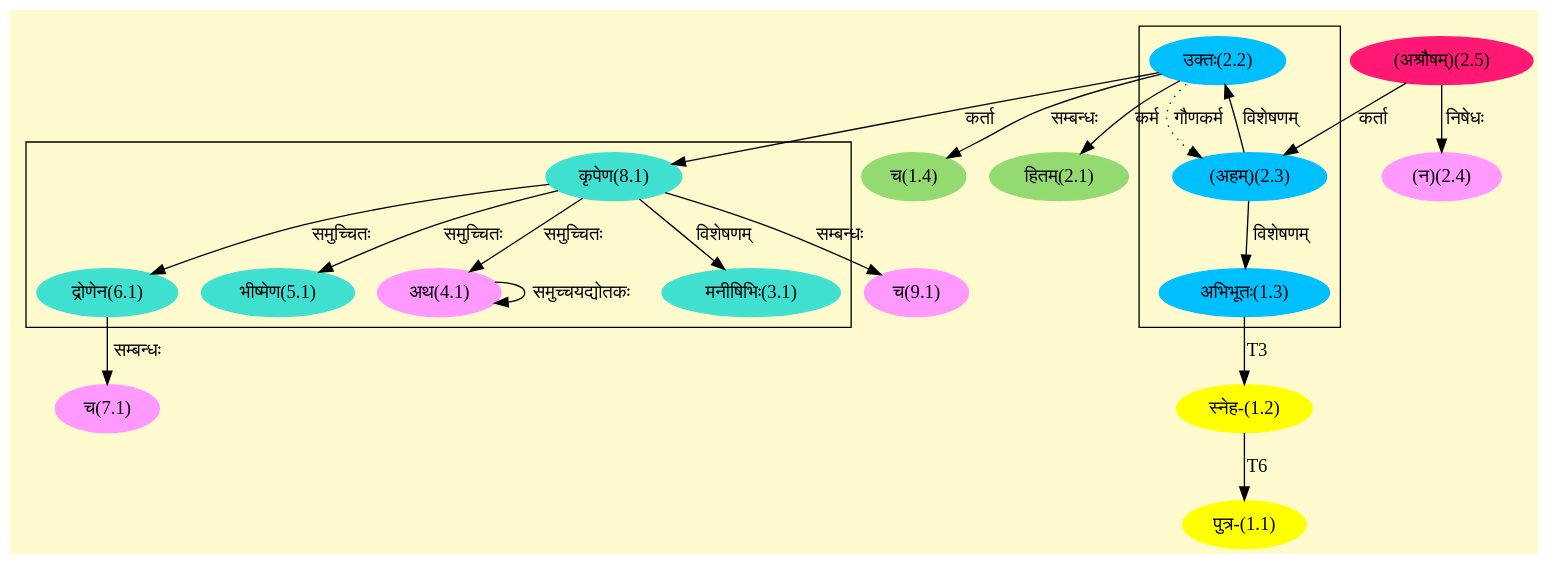
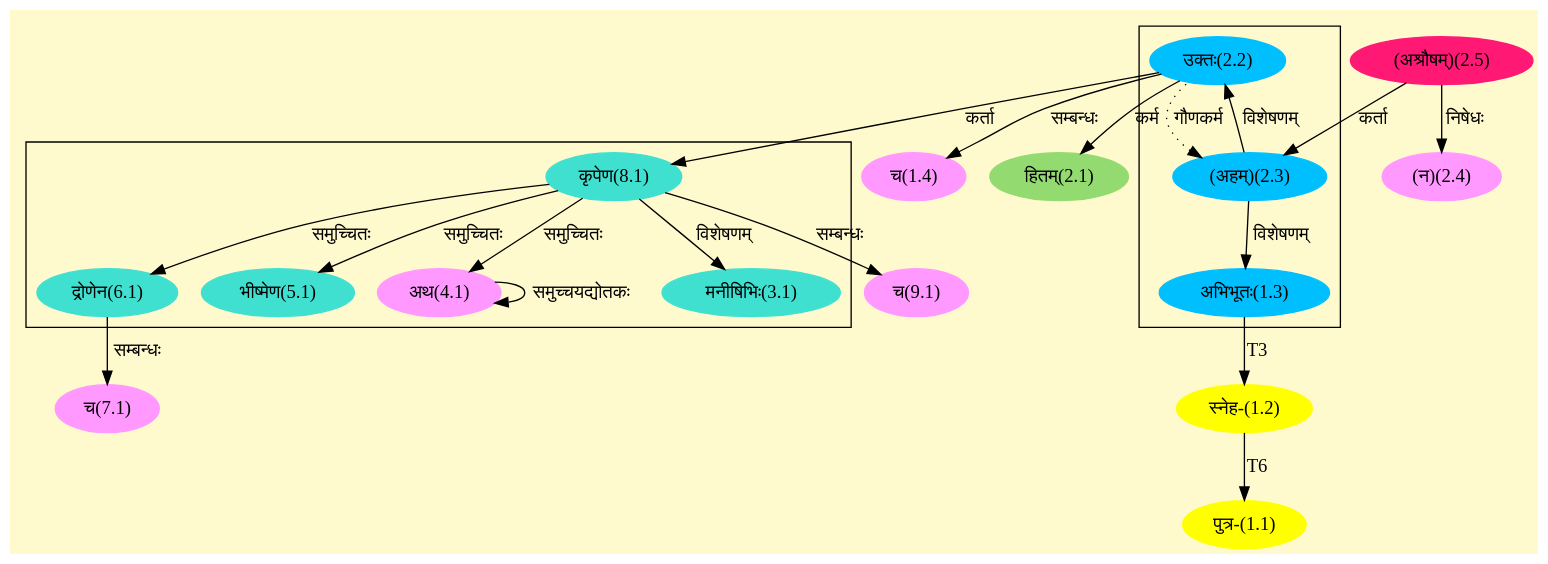
One commit to ska-mahe-blr/ska-ereader.github.io changed the diagram in assets/graphs/05_004_1.dot. Above: the diagram before and after it, drawn with Graphviz. The commit also changed 1152 other files, not shown here.

```diff
--- a/assets/graphs/05_004_1.dot
+++ b/assets/graphs/05_004_1.dot
@@ -1,54 +1,54 @@
 digraph G{
 rankdir=BT;
  compound=true;
  bgcolor="lemonchiffon1";
 
 subgraph cluster_1{
 Node1_3 [style=filled, color="#00BFFF" label = "अभिभूतः(1.3)"]
 Node2_3 [style=filled, color="#00BFFF" label = "(अहम्)(2.3)"]
 Node2_2 [style=filled, color="#00BFFF" label = "उक्तः(2.2)"]
 
 }
 
 subgraph cluster_2{
 Node3_1 [style=filled, color="#40E0D0" label = "मनीषिभिः(3.1)"]
 Node8_1 [style=filled, color="#40E0D0" label = "कृपेण(8.1)"]
 Node4_1 [style=filled, color="#FF99FF" label = "अथ(4.1)"]
 Node5_1 [style=filled, color="#40E0D0" label = "भीष्मेण(5.1)"]
 Node6_1 [style=filled, color="#40E0D0" label = "द्रोणेन(6.1)"]
 
 }
 Node1_1 [style=filled, color="#FFFF00" label = "पुत्र-(1.1)"]
 Node1_2 [style=filled, color="#FFFF00" label = "स्नेह-(1.2)"]
 Node1_3 [style=filled, color="#00BFFF" label = "अभिभूतः(1.3)"]
-Node1_4 [style=filled, color="#93DB70" label = "च(1.4)"]
+Node1_4 [style=filled, color="#FF99FF" label = "च(1.4)"]
 Node2_2 [style=filled, color="#00BFFF" label = "उक्तः(2.2)"]
 Node2_1 [style=filled, color="#93DB70" label = "हितम्(2.1)"]
 Node2_3 [style=filled, color="#00BFFF" label = "(अहम्)(2.3)"]
 Node2_5 [style=filled, color="#FF1975" label = "(अश्रौषम्)(2.5)"]
 Node2_4 [style=filled, color="#FF99FF" label = "(न)(2.4)"]
 Node4_1 [style=filled, color="#FF99FF" label = "अथ(4.1)"]
 Node7_1 [style=filled, color="#FF99FF" label = "च(7.1)"]
 Node6_1 [style=filled, color="#40E0D0" label = "द्रोणेन(6.1)"]
 Node8_1 [style=filled, color="#40E0D0" label = "कृपेण(8.1)"]
 Node9_1 [style=filled, color="#FF99FF" label = "च(9.1)"]
 /* Start of Relations section */
 
 Node1_1 -> Node1_2 [  label="T6"  dir="back" ]
 Node1_2 -> Node1_3 [  label="T3"  dir="back" ]
 Node1_3 -> Node2_3 [  label="विशेषणम्"  dir="back" ]
 Node1_4 -> Node2_2 [  label="सम्बन्धः"  dir="back" ]
 Node2_1 -> Node2_2 [  label="कर्म"  dir="back" ]
 Node2_2 -> Node2_3 [  label="विशेषणम्"  dir="back" ]
 Node2_3 -> Node2_5 [  label="कर्ता"  dir="back" ]
 Node2_3 -> Node2_2 [ style=dotted label="गौणकर्म"  dir="back" ]
 Node2_4 -> Node2_5 [  label="निषेधः"  dir="back" ]
 Node3_1 -> Node8_1 [  label="विशेषणम्"  dir="back" ]
 Node4_1 -> Node8_1 [  label="समुच्चितः"  dir="back" ]
 Node4_1 -> Node4_1 [  label="समुच्चयद्योतकः"  dir="back" ]
 Node5_1 -> Node8_1 [  label="समुच्चितः"  dir="back" ]
 Node6_1 -> Node8_1 [  label="समुच्चितः"  dir="back" ]
 Node7_1 -> Node6_1 [  label="सम्बन्धः"  dir="back" ]
 Node8_1 -> Node2_2 [  label="कर्ता"  dir="back" ]
 Node9_1 -> Node8_1 [  label="सम्बन्धः"  dir="back" ]
 }
```
